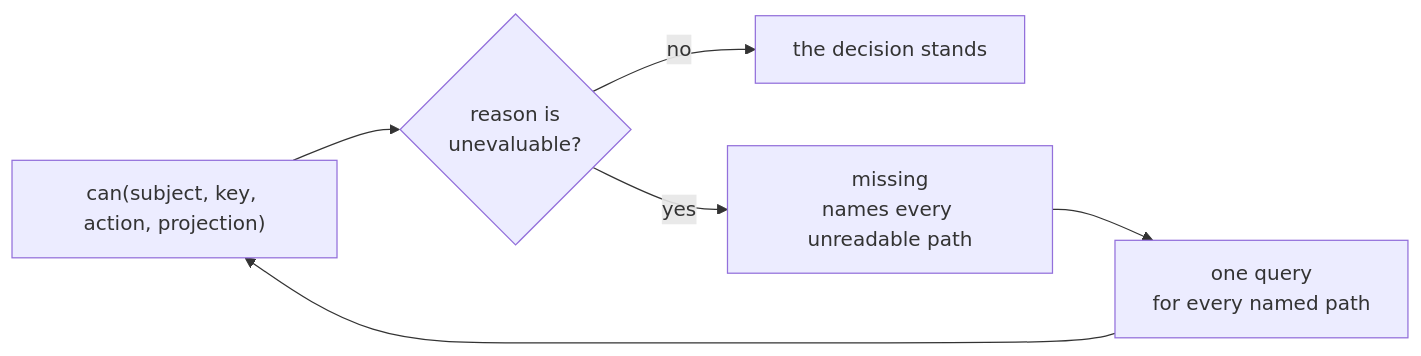
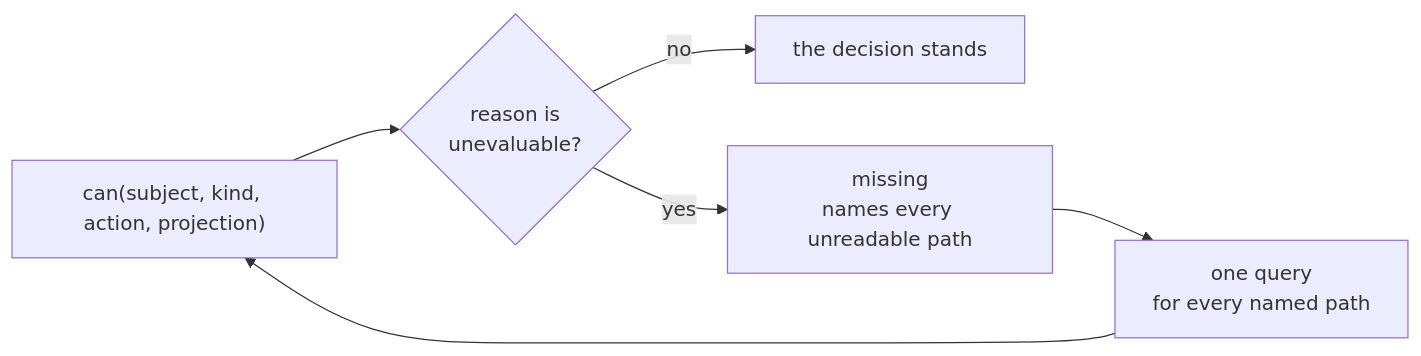
One commit to Evanion/libraries changed the diagram in apps/docs/content/acl/refusals.mdx. Above: the diagram before and after it, drawn with Mermaid. The commit also changed other lines of this file, not shown here.

````diff
--- a/apps/docs/content/acl/refusals.mdx
+++ b/apps/docs/content/acl/refusals.mdx
@@ -120,8 +129,8 @@
 ```mermaid caption="The repair loop for one unevaluable. Both sides' unreadable paths arrive in one missing array, so a single query fetches all of them and the second ask decides. An unevaluable that survives the refetch is a mistyped field name in the document."
 flowchart LR
-  C["can(subject, key, action, projection)"]:::accent --> D{"reason is<br>unevaluable?"}
+  C["can(subject, kind, action, projection)"]:::accent --> D{"reason is<br>unevaluable?"}
   D -->|"no"| S["the decision stands"]
   D -->|"yes"| M["missing<br>names every unreadable path"]
   M --> Q["one query<br>for every named path"]
   Q --> C
 ```
````
